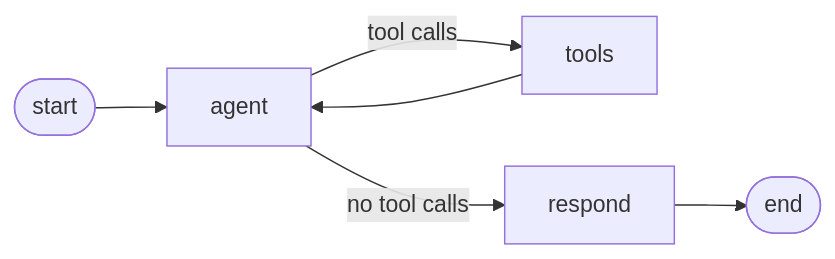
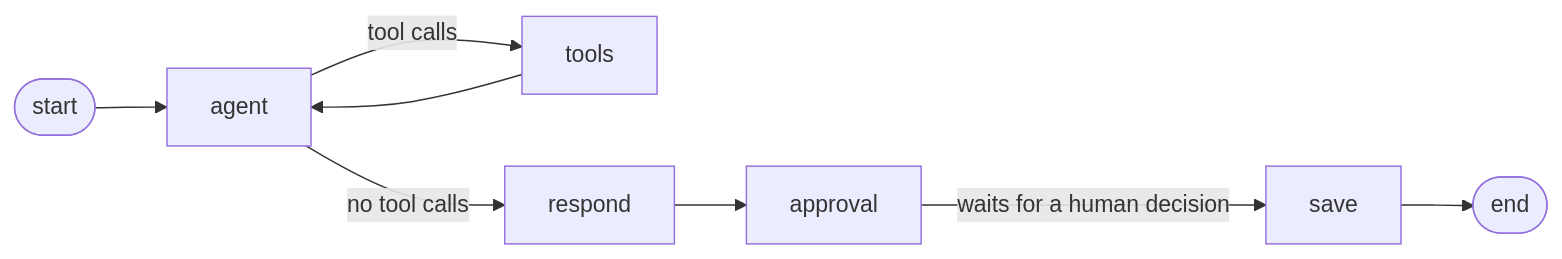
One commit to ozcivitcagkan/Fixwright-Enterprise-AI-Reliability-Integration-Platform changed the diagram in README.md. Above: the diagram before and after it, drawn with Mermaid. The commit also changed other lines of this file and 5 other files, not shown here.

First line of the commit message:
feat: add human approval to incident analysis

````diff
--- a/README.md
+++ b/README.md
@@ -61,8 +85,10 @@
 ```mermaid
 flowchart LR
     START([start]) --> agent
     agent -- tool calls --> tools
     tools --> agent
     agent -- no tool calls --> respond
-    respond --> END([end])
+    respond --> approval
+    approval -- "waits for a human decision" --> save
+    save --> END([end])
 ```
````
